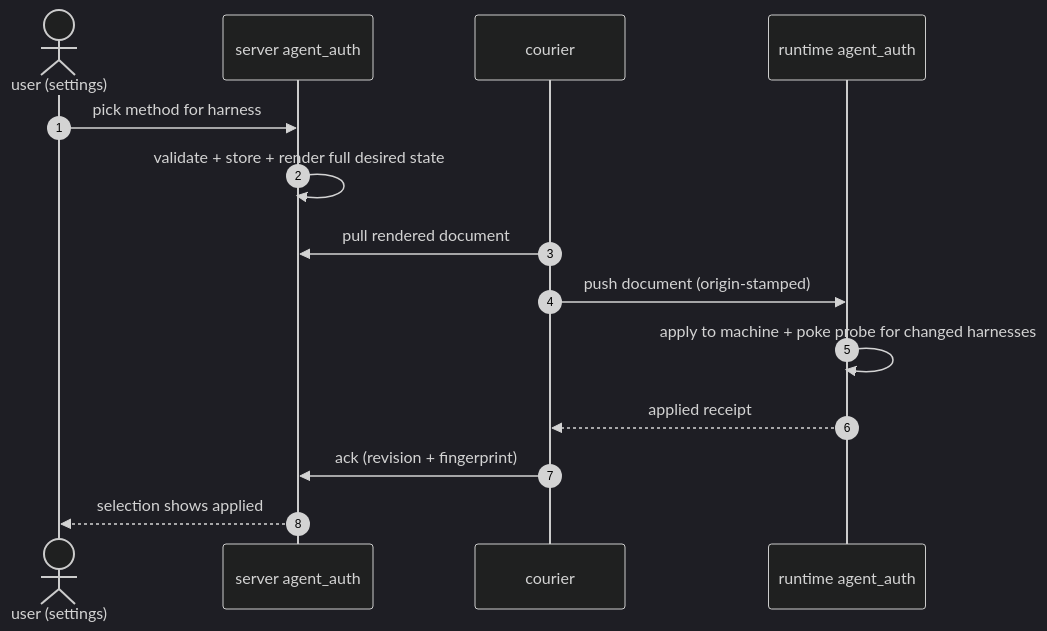
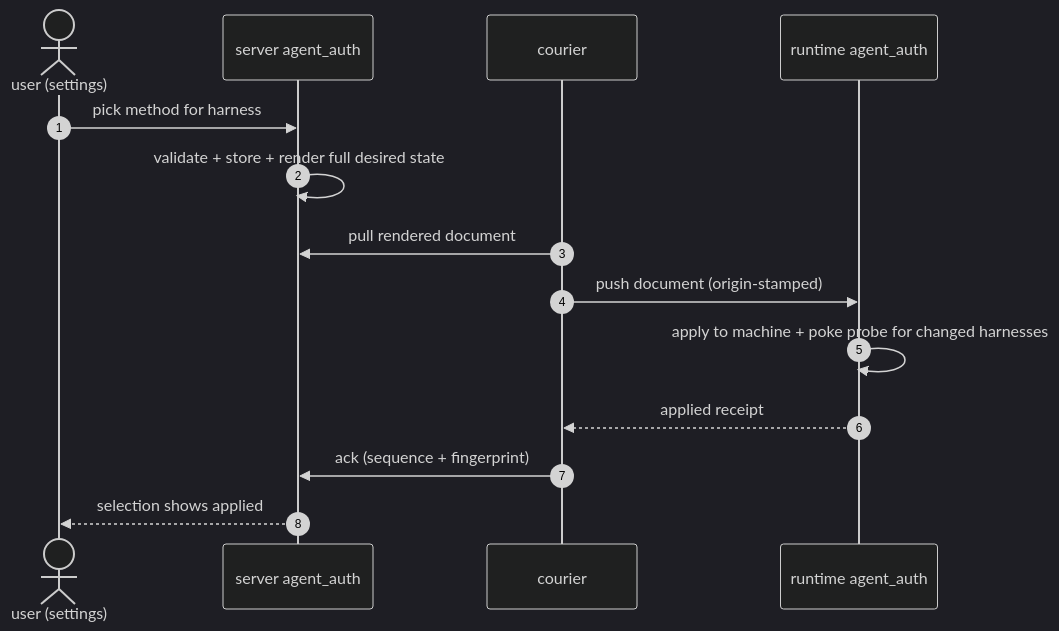
Before and after one commit to proliferate-ai/proliferate: the first of 5 diagrams in specs/systems/agent_auth/README.md, drawn with Mermaid (dark theme). The commit also changed other lines of this file and 1 other file, not shown here.

````diff
--- a/specs/systems/agent_auth/README.md
+++ b/specs/systems/agent_auth/README.md
@@ -263,16 +263,16 @@
 ```mermaid
 sequenceDiagram
     autonumber
     actor U as user (settings)
     participant SV as server agent_auth
     participant CO as courier
     participant RT as runtime agent_auth
     U->>SV: pick method for harness
     SV->>SV: validate + store + render full desired state
     CO->>SV: pull rendered document
     CO->>RT: push document (origin-stamped)
     RT->>RT: apply to machine + poke probe for changed harnesses
     RT-->>CO: applied receipt
-    CO->>SV: ack (revision + fingerprint)
+    CO->>SV: ack (sequence + fingerprint)
     SV-->>U: selection shows applied
 ```
````
